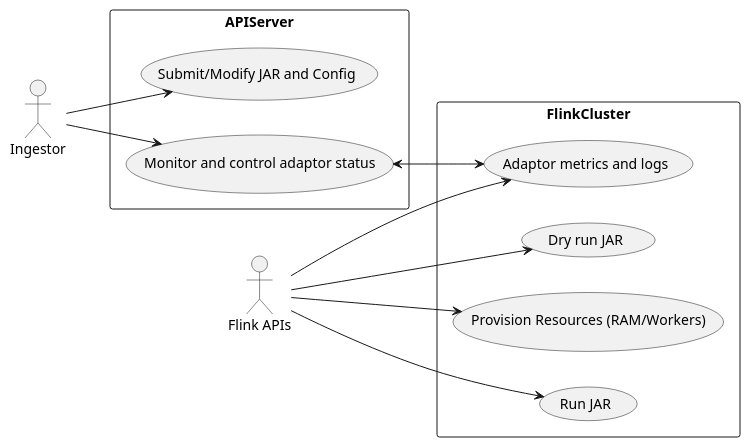
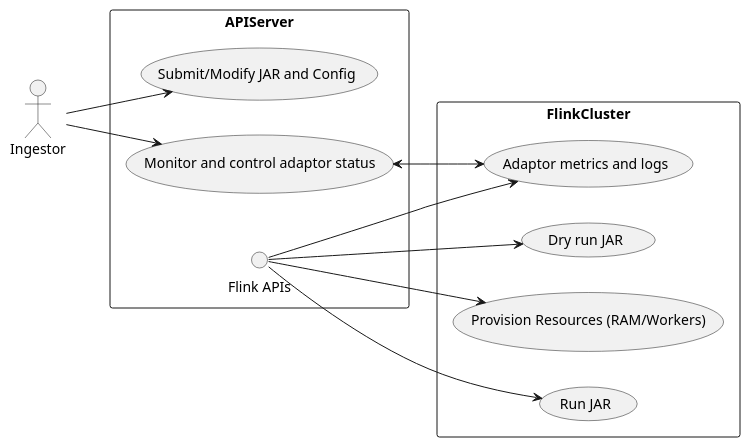
One commit to datakaveri/iudx-adaptor-framework changed the diagram in docs/diagrams/UserAct.puml. Above: the diagram before and after it, drawn with PlantUML. The commit also changed 23 other files, not shown here.

```diff
--- a/docs/diagrams/UserAct.puml
+++ b/docs/diagrams/UserAct.puml
@@ -1,25 +1,26 @@
 @startuml
 left to right direction
 actor "Ingestor" as ing
-actor "Flink APIs" as fl
 rectangle APIServer {
   usecase "Submit/Modify JAR and Config" as UC1
   usecase "Monitor and control adaptor status" as UC2
+  circle "Flink APIs" as fl
 }
+
 rectangle FlinkCluster {
   usecase "Dry run JAR" as UC3
   usecase "Provision Resources (RAM/Workers)" as UC4
   usecase "Run JAR" as UC5
   usecase "Adaptor metrics and logs" as UC6
 }
 
 ing --> UC1
 ing --> UC2
 
 fl --> UC3
 fl --> UC4
 fl --> UC5
 fl --> UC6
 
 UC2 <--> UC6
 @enduml
```
